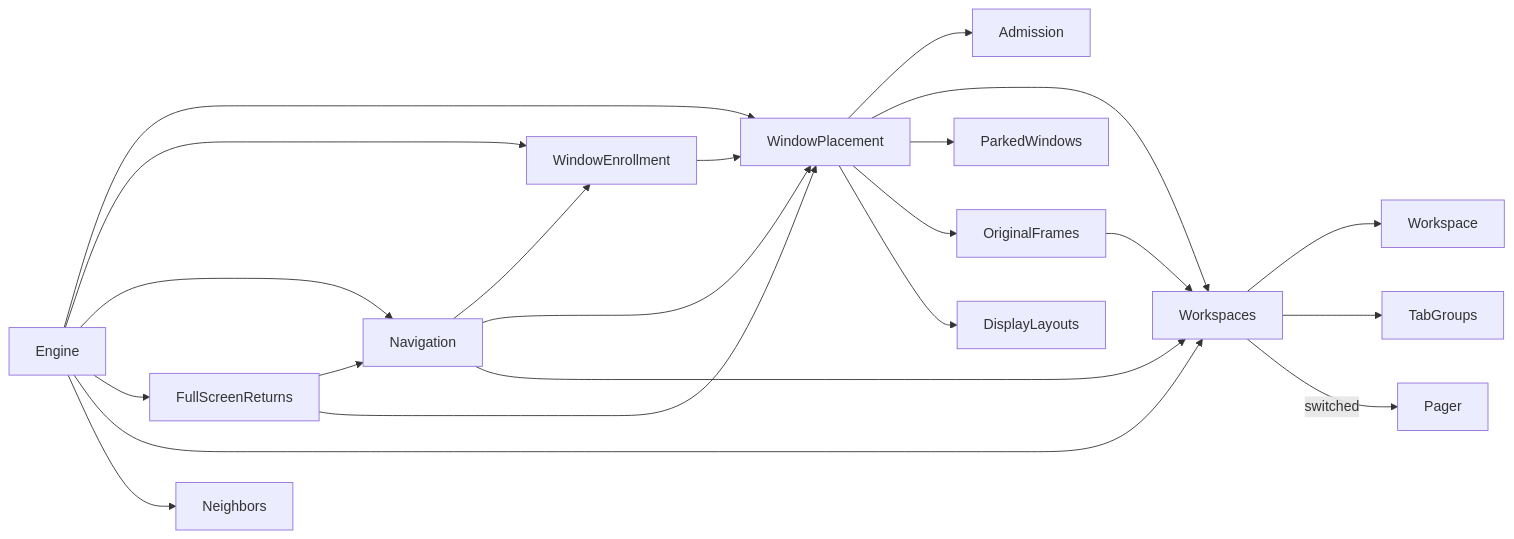
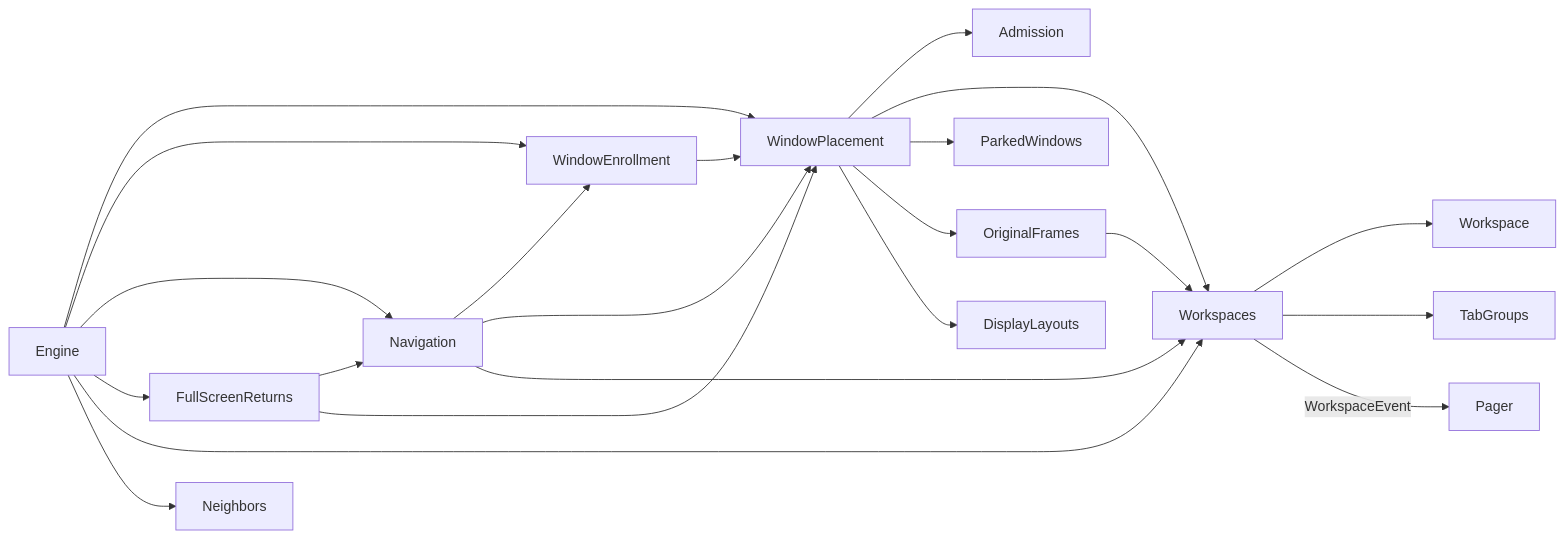
The fourth of 20 diagrams in ARCHITECTURE.md (brennovich/ottowm), drawn with Mermaid before and after one commit. The commit also changed other lines of this file and 30 other files, not shown here.

````diff
--- a/ARCHITECTURE.md
+++ b/ARCHITECTURE.md
@@ -139,24 +140,24 @@
 ```mermaid
 flowchart LR
     Engine --> WindowPlacement
     Engine --> WindowEnrollment
     Engine --> Navigation
     Engine --> FullScreenReturns
     Engine --> Workspaces
     Engine --> Neighbors
     WindowEnrollment --> WindowPlacement
     WindowPlacement --> Admission
     Navigation --> WindowEnrollment
     Navigation --> WindowPlacement
     FullScreenReturns --> Navigation
     FullScreenReturns --> WindowPlacement
     WindowPlacement --> Workspaces
     WindowPlacement --> ParkedWindows
     WindowPlacement --> OriginalFrames
     WindowPlacement --> DisplayLayouts
     OriginalFrames --> Workspaces
     Navigation --> Workspaces
     Workspaces --> Workspace
     Workspaces --> TabGroups
-    Workspaces -->|switched| Pager
+    Workspaces -->|WorkspaceEvent| Pager
 ```
````
